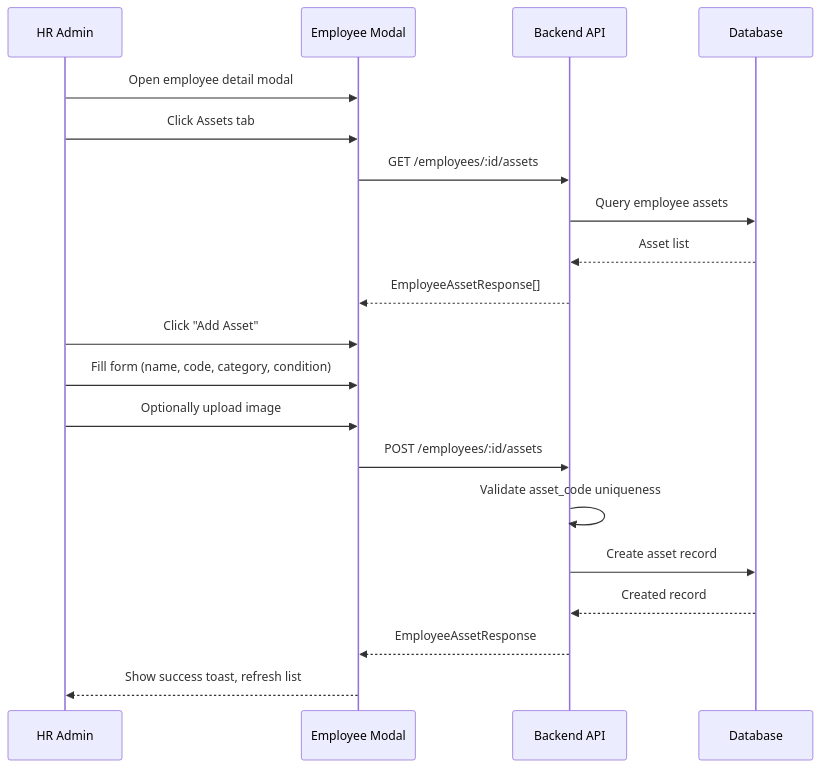
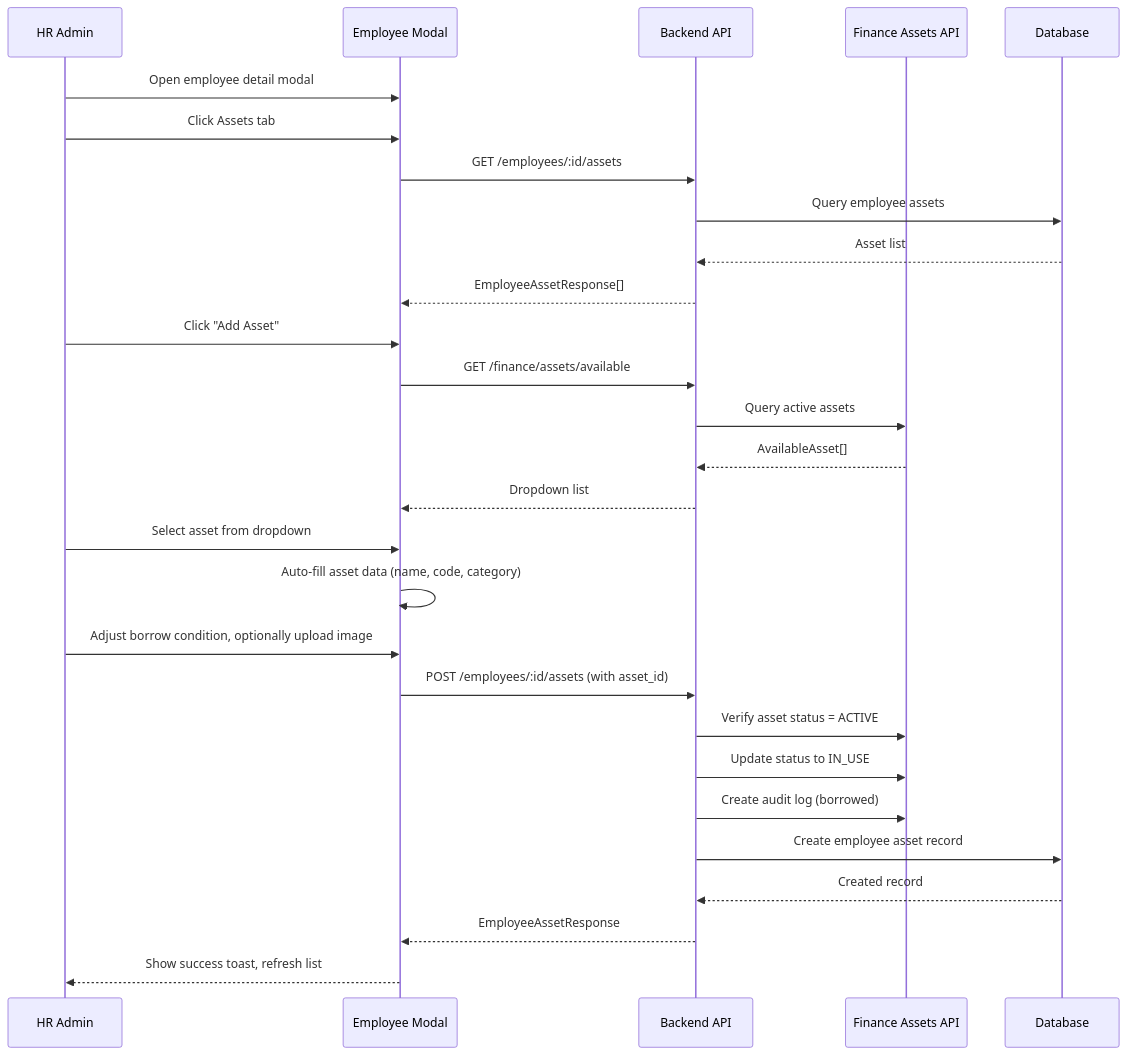
One commit to Gilabs-Studio/gims-platform changed the first of 2 diagrams in docs/features/HRD/hrd-employee-asset.md. Above: the diagram before and after it, drawn with Mermaid. The commit also changed other lines of this file and 23 other files, not shown here.

````diff
--- a/docs/features/HRD/hrd-employee-asset.md
+++ b/docs/features/HRD/hrd-employee-asset.md
@@ -330,24 +383,33 @@
 ```mermaid
 sequenceDiagram
     participant HR as HR Admin
     participant UI as Employee Modal
     participant API as Backend API
+    participant Finance as Finance Assets API
     participant DB as Database
 
     HR->>UI: Open employee detail modal
     HR->>UI: Click Assets tab
     UI->>API: GET /employees/:id/assets
     API->>DB: Query employee assets
     DB-->>API: Asset list
     API-->>UI: EmployeeAssetResponse[]
 
     HR->>UI: Click "Add Asset"
-    HR->>UI: Fill form (name, code, category, condition)
-    HR->>UI: Optionally upload image
-    UI->>API: POST /employees/:id/assets
-    API->>API: Validate asset_code uniqueness
-    API->>DB: Create asset record
+    UI->>API: GET /finance/assets/available
+    API->>Finance: Query active assets
+    Finance-->>API: AvailableAsset[]
+    API-->>UI: Dropdown list
+
+    HR->>UI: Select asset from dropdown
+    UI->>UI: Auto-fill asset data (name, code, category)
+    HR->>UI: Adjust borrow condition, optionally upload image
+    UI->>API: POST /employees/:id/assets (with asset_id)
+    API->>Finance: Verify asset status = ACTIVE
+    API->>Finance: Update status to IN_USE
+    API->>Finance: Create audit log (borrowed)
+    API->>DB: Create employee asset record
     DB-->>API: Created record
     API-->>UI: EmployeeAssetResponse
     UI-->>HR: Show success toast, refresh list
 ```
````
